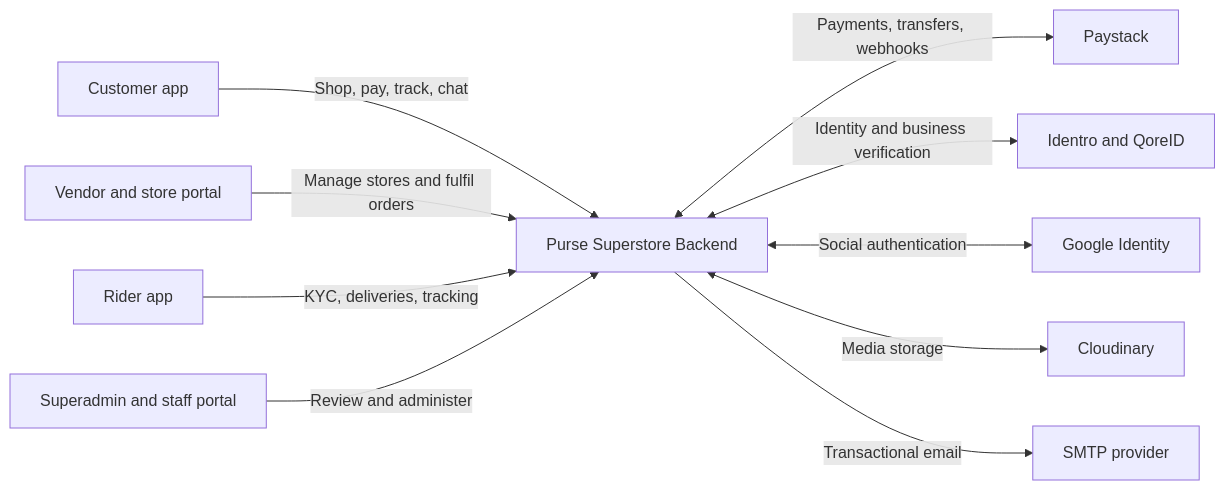
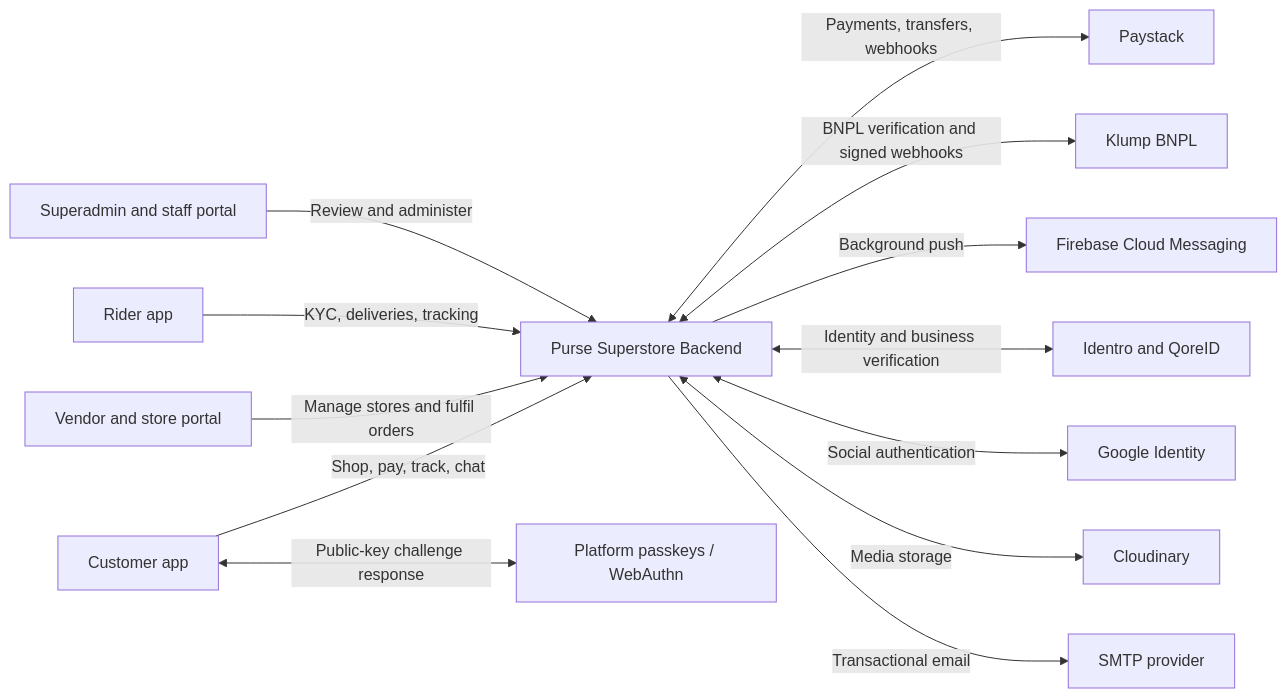
One commit to digitalempress234/NextGenSuperstoreBackend changed the first of 7 diagrams in ARCHITECTURE.md. Above: the diagram before and after it, drawn with Mermaid. The commit also changed other lines of this file and 108 other files, not shown here.

````diff
--- a/ARCHITECTURE.md
+++ b/ARCHITECTURE.md
@@ -14,26 +14,32 @@
 ```mermaid
 flowchart LR
     Customer[Customer app]
     Vendor[Vendor and store portal]
     Rider[Rider app]
     Staff[Superadmin and staff portal]
 
     Purse[Purse Superstore Backend]
 
     Paystack[Paystack]
+    Klump[Klump BNPL]
+    FCM[Firebase Cloud Messaging]
+    Passkeys[Platform passkeys / WebAuthn]
     Identity[Identro and QoreID]
     Google[Google Identity]
     Cloudinary[Cloudinary]
     Email[SMTP provider]
 
     Customer -->|Shop, pay, track, chat| Purse
     Vendor -->|Manage stores and fulfil orders| Purse
     Rider -->|KYC, deliveries, tracking| Purse
     Staff -->|Review and administer| Purse
 
     Purse <-->|Payments, transfers, webhooks| Paystack
+    Purse <-->|BNPL verification and signed webhooks| Klump
+    Purse -->|Background push| FCM
+    Customer <-->|Public-key challenge response| Passkeys
     Purse <-->|Identity and business verification| Identity
     Purse <-->|Social authentication| Google
     Purse <-->|Media storage| Cloudinary
     Purse -->|Transactional email| Email
 ```
````
